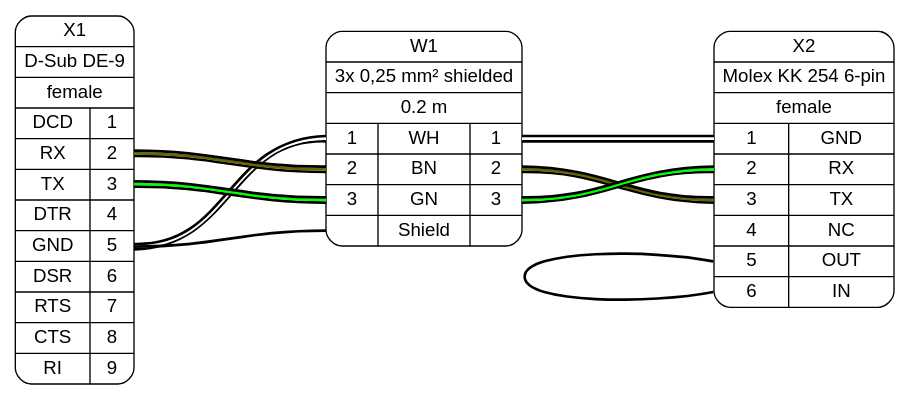
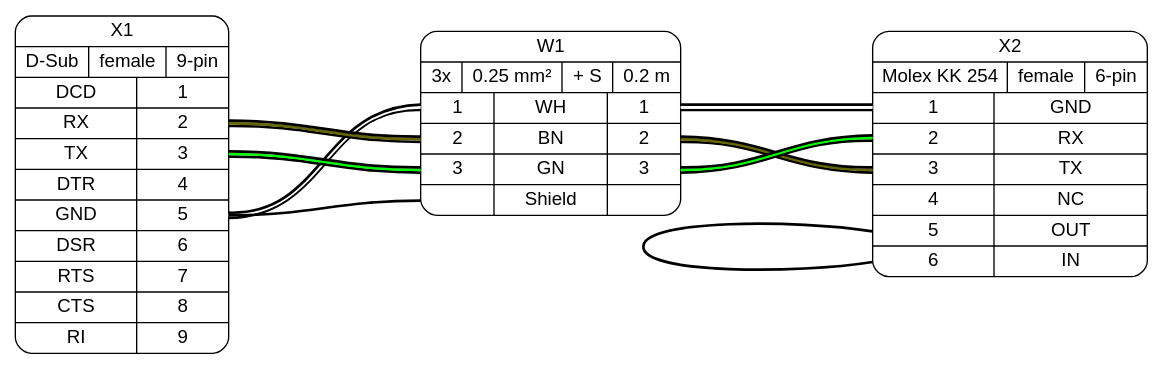
One commit to wireviz/WireViz changed the diagram in idea/example1.dot. Above: the diagram before and after it, drawn with Graphviz. The commit also changed 5 other files, not shown here.

```diff
--- a/idea/example1.dot
+++ b/idea/example1.dot
@@ -1,18 +1,29 @@
+// Graph generated by WireViz
+// https://github.com/formatc1702/WireViz
+// Daniel Rojas - 2020
+
 digraph G {
     graph [rankdir = LR, ranksep=2, fontname = "arial"];
     edge [arrowhead=none, fontname = "arial"];
     node [shape=record, style=rounded, fontname = "arial"];
 
-    X1[label="X1 | D-Sub DE-9 | female | {{DCD|RX|TX|DTR|GND|DSR|RTS|CTS|RI} | {<p1>1|<p2>2|<p3>3|<p4>4|<p5>5|<p6>6|<p7>7|<p8>8|<p9>9}} "];
-    X2[label="X2 | Molex KK 254 6-pin | female | {{<p1>1|<p2>2|<p3>3|<p4>4|<p5>5|<p6>6} | {GND|RX|TX|NC|OUT|IN}}"];
 
-    W1[label="W1 | 3x 0,25 mm² shielded | 0.2 m | {{<w1i>1|<w2i>2|<w3i>3|<wsi>}|{WH|BN|GN|Shield}|{<w1o>1|<w2o>2|<w3o>3|<wsi>}}}"];
+X1[label="X1 | {D-Sub|female|9-pin} | {{DCD|RX|TX|DTR|GND|DSR|RTS|CTS|RI} | {<p1>1|<p2>2|<p3>3|<p4>4|<p5>5|<p6>6|<p7>7|<p8>8|<p9>9}}}"]
 
-    {edge[style=bold]
-        {edge[color="#000000:#ffffff:#000000"] X1:p5 -> W1:w1i; W1:w1o -> X2:p1; }
-        {edge[color="#000000:#666600:#000000"] X1:p2 -> W1:w2i; W1:w2o -> X2:p3; }
-        {edge[color="#000000:#00ff00:#000000"] X1:p3 -> W1:w3i; W1:w3o -> X2:p2; }
-        X1:p5 -> W1:wsi;
-        X2:p5:w -> X2:p6:w;
-    }
+X2[label="X2 | {Molex KK 254|female|6-pin} | {{<p1>1|<p2>2|<p3>3|<p4>4|<p5>5|<p6>6} | {GND|RX|TX|NC|OUT|IN}}}"]
+
+{edge[style=bold]
+X2:p5:w -> X2:p6:w
 }
+
+W1[label="W1 | {3x|0.25 mm²| + S|0.2 m} | {{<w1i>1|<w2i>2|<w3i>3|<wsi>} | {WH|BN|GN|Shield} | {<w1o>1|<w2o>2|<w3o>3|<wso>}}}"]
+
+{edge[style=bold]
+{edge[color="#000000:#ffffff:#000000"] X1:p5 -> W1:w1i; W1:w1o -> X2:p1}
+{edge[color="#000000:#666600:#000000"] X1:p2 -> W1:w2i; W1:w2o -> X2:p3}
+{edge[color="#000000:#00ff00:#000000"] X1:p3 -> W1:w3i; W1:w3o -> X2:p2}
+{X1:p5 -> W1:wsi; }
+}
+
+
+}
```
